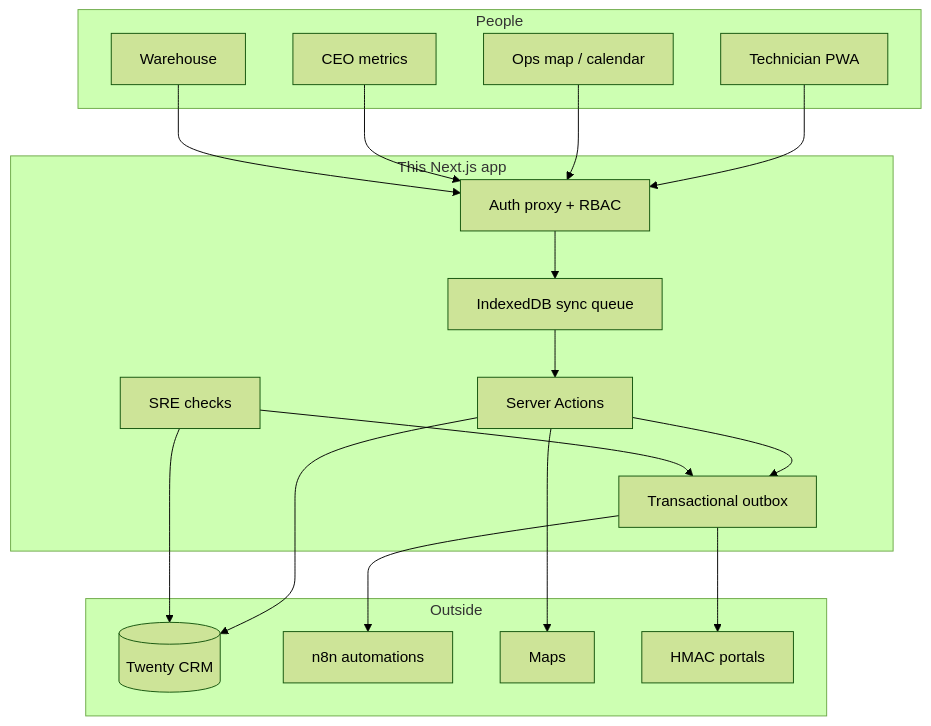
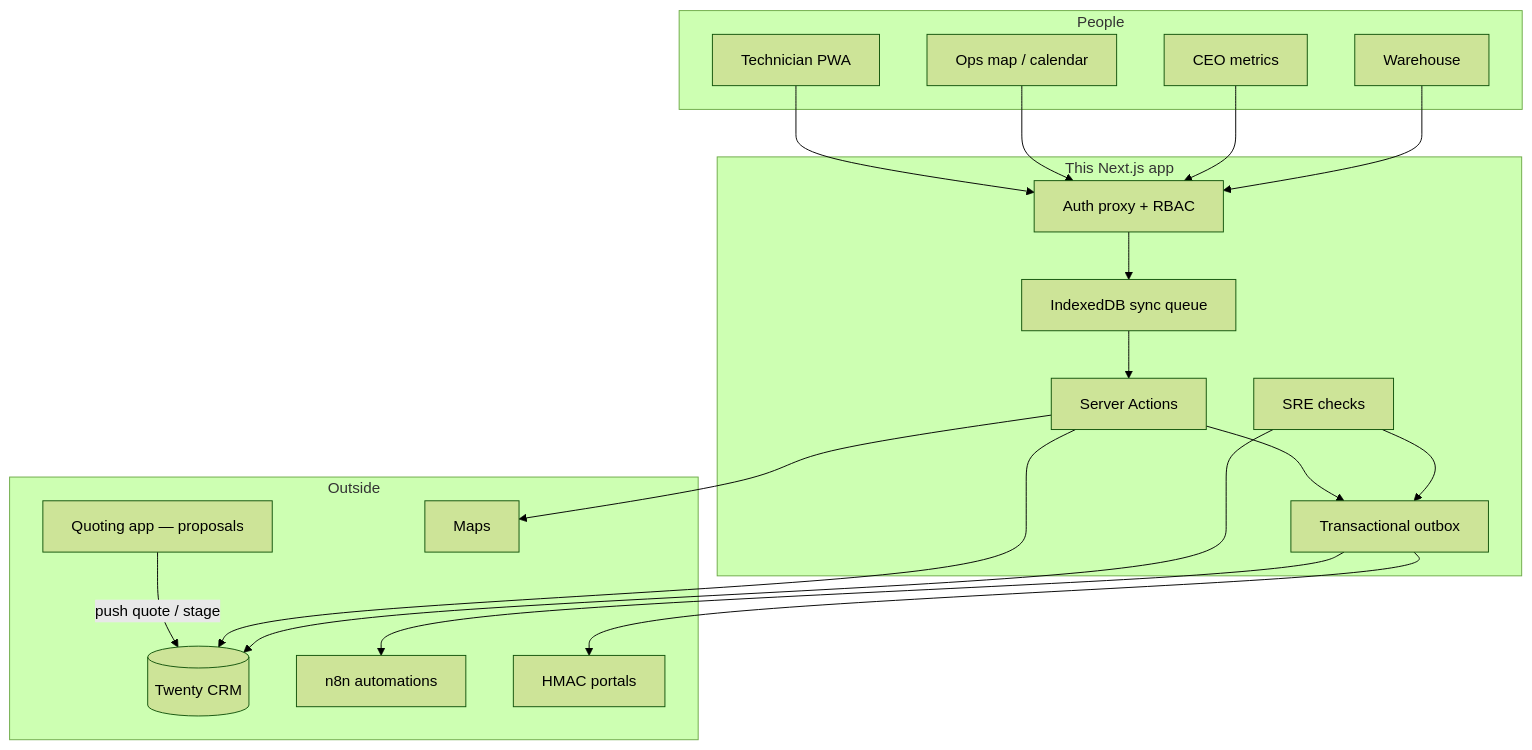
Before and after one commit to alyekseyenko/services-blinds: the diagram in README.md, drawn with Mermaid (forest theme). The commit also changed other lines of this file, not shown here.

First line of the commit message:
README: deixar explícito o CRM e a app irmã de orçamentos.

````diff
--- a/README.md
+++ b/README.md
@@ -90,36 +94,39 @@
 ```mermaid
 graph TB
     subgraph People
         TECH[Technician PWA]
         ADMIN[Ops map / calendar]
         CEO[CEO metrics]
         WH[Warehouse]
     end
 
     subgraph App["This Next.js app"]
         PROXY[Auth proxy + RBAC]
         ACTIONS[Server Actions]
         IDB[IndexedDB sync queue]
         OUTBOX[Transactional outbox]
         OBS[SRE checks]
     end
 
     subgraph Outside
+        QUOTE[Quoting app — proposals]
         CRM[(Twenty CRM)]
         N8N[n8n automations]
         MAPS[Maps]
         PORTALS[HMAC portals]
     end
+
+    QUOTE -->|push quote / stage| CRM
 
     TECH --> PROXY
     ADMIN --> PROXY
     CEO --> PROXY
     WH --> PROXY
     PROXY --> IDB --> ACTIONS
     ACTIONS --> CRM
     ACTIONS --> OUTBOX --> N8N
     OUTBOX --> PORTALS
     ACTIONS --> MAPS
     OBS --> CRM
     OBS --> OUTBOX
 ```
````
